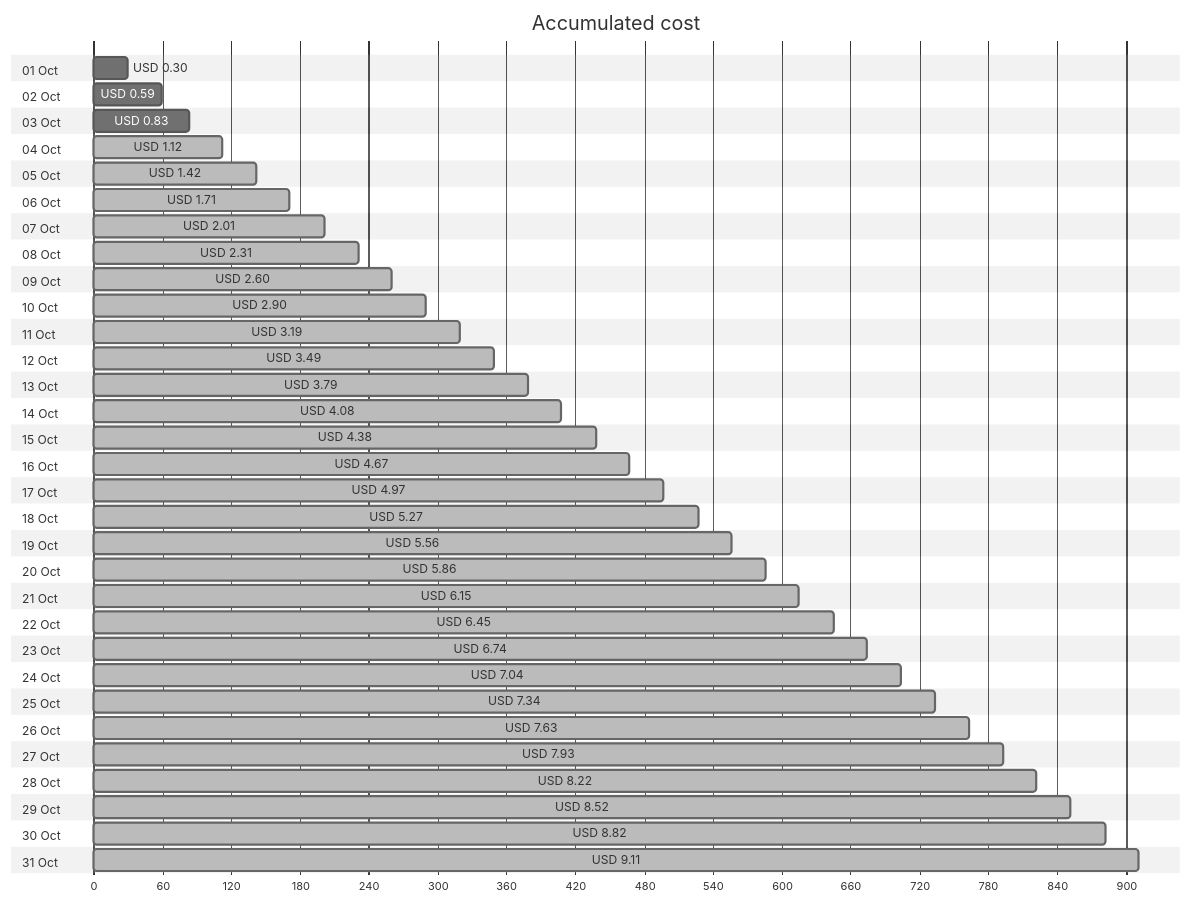
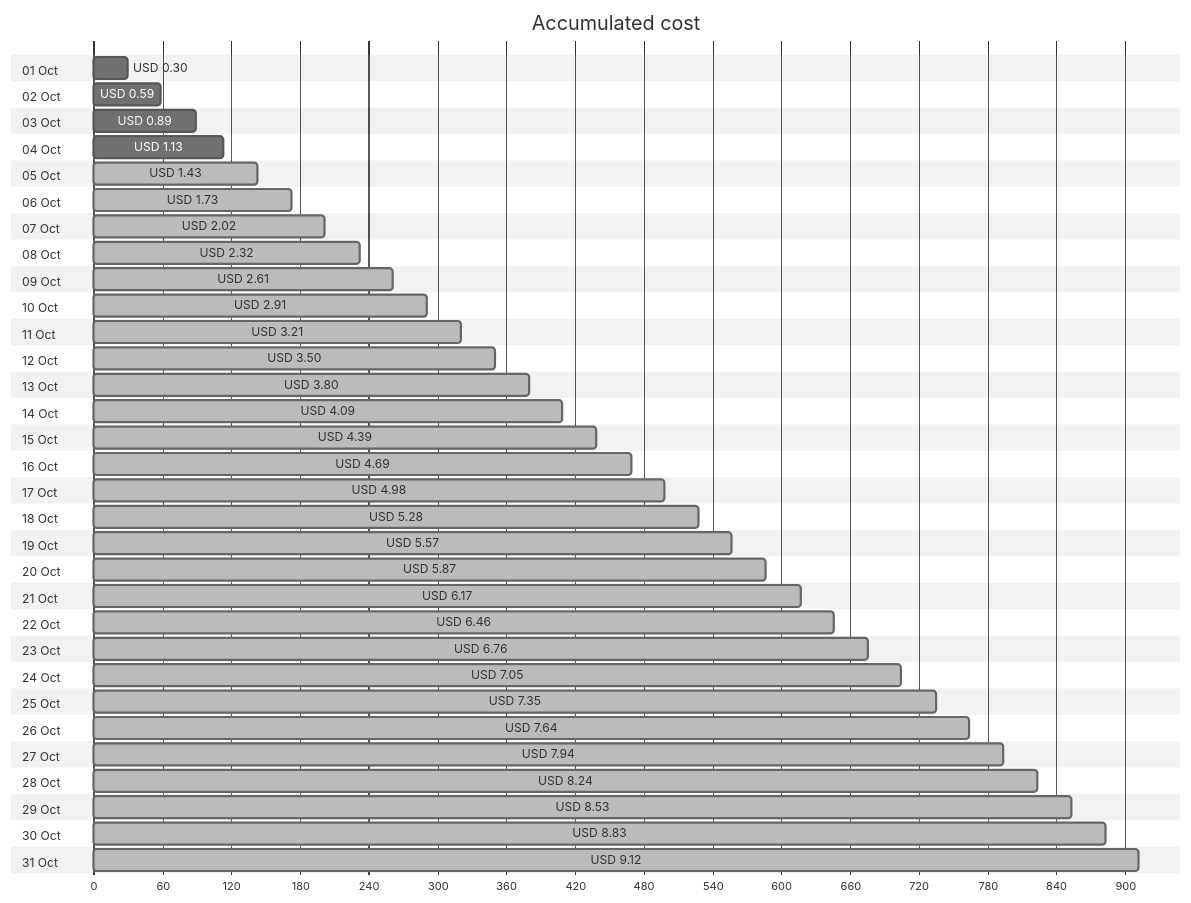
One commit to jpfulton/azure-personal-reports changed the first of 4 diagrams in cost-reports/personal-site/personal-site.md. Above: the diagram before and after it, drawn with Mermaid (neutral theme). The commit also changed other lines of this file and 6 other files, not shown here.

````diff
--- a/cost-reports/personal-site/personal-site.md
+++ b/cost-reports/personal-site/personal-site.md
@@ -20,68 +20,68 @@
 ```mermaid
 gantt
    title Accumulated cost
    dateFormat  X
    axisFormat %s
    section 01 Oct
    USD 0.30 :0, 30
    section 02 Oct
    USD 0.59 :0, 59
    section 03 Oct
-   USD 0.83 :0, 83
+   USD 0.89 :0, 89
    section 04 Oct
-   USD 1.12 : done, 0, 112
+   USD 1.13 :0, 113
    section 05 Oct
-   USD 1.42 : done, 0, 142
+   USD 1.43 : done, 0, 143
    section 06 Oct
-   USD 1.71 : done, 0, 171
+   USD 1.73 : done, 0, 173
    section 07 Oct
-   USD 2.01 : done, 0, 201
+   USD 2.02 : done, 0, 202
    section 08 Oct
-   USD 2.31 : done, 0, 231
+   USD 2.32 : done, 0, 232
    section 09 Oct
-   USD 2.60 : done, 0, 260
+   USD 2.61 : done, 0, 261
    section 10 Oct
-   USD 2.90 : done, 0, 290
+   USD 2.91 : done, 0, 291
    section 11 Oct
-   USD 3.19 : done, 0, 319
+   USD 3.21 : done, 0, 321
    section 12 Oct
-   USD 3.49 : done, 0, 349
+   USD 3.50 : done, 0, 350
    section 13 Oct
-   USD 3.79 : done, 0, 379
+   USD 3.80 : done, 0, 380
    section 14 Oct
-   USD 4.08 : done, 0, 408
+   USD 4.09 : done, 0, 409
    section 15 Oct
-   USD 4.38 : done, 0, 438
+   USD 4.39 : done, 0, 439
    section 16 Oct
-   USD 4.67 : done, 0, 467
+   USD 4.69 : done, 0, 469
    section 17 Oct
-   USD 4.97 : done, 0, 497
+   USD 4.98 : done, 0, 498
    section 18 Oct
-   USD 5.27 : done, 0, 527
+   USD 5.28 : done, 0, 528
    section 19 Oct
-   USD 5.56 : done, 0, 556
+   USD 5.57 : done, 0, 557
    section 20 Oct
-   USD 5.86 : done, 0, 586
+   USD 5.87 : done, 0, 587
    section 21 Oct
-   USD 6.15 : done, 0, 615
+   USD 6.17 : done, 0, 617
    section 22 Oct
-   USD 6.45 : done, 0, 645
+   USD 6.46 : done, 0, 646
    section 23 Oct
-   USD 6.74 : done, 0, 674
+   USD 6.76 : done, 0, 676
    section 24 Oct
-   USD 7.04 : done, 0, 704
+   USD 7.05 : done, 0, 705
    section 25 Oct
-   USD 7.34 : done, 0, 734
+   USD 7.35 : done, 0, 735
    section 26 Oct
-   USD 7.63 : done, 0, 763
+   USD 7.64 : done, 0, 764
    section 27 Oct
-   USD 7.93 : done, 0, 793
+   USD 7.94 : done, 0, 794
    section 28 Oct
-   USD 8.22 : done, 0, 822
+   USD 8.24 : done, 0, 824
    section 29 Oct
-   USD 8.52 : done, 0, 852
+   USD 8.53 : done, 0, 853
    section 30 Oct
-   USD 8.82 : done, 0, 882
+   USD 8.83 : done, 0, 883
    section 31 Oct
-   USD 9.11 : done, 0, 911
+   USD 9.12 : done, 0, 912
 ```
````
